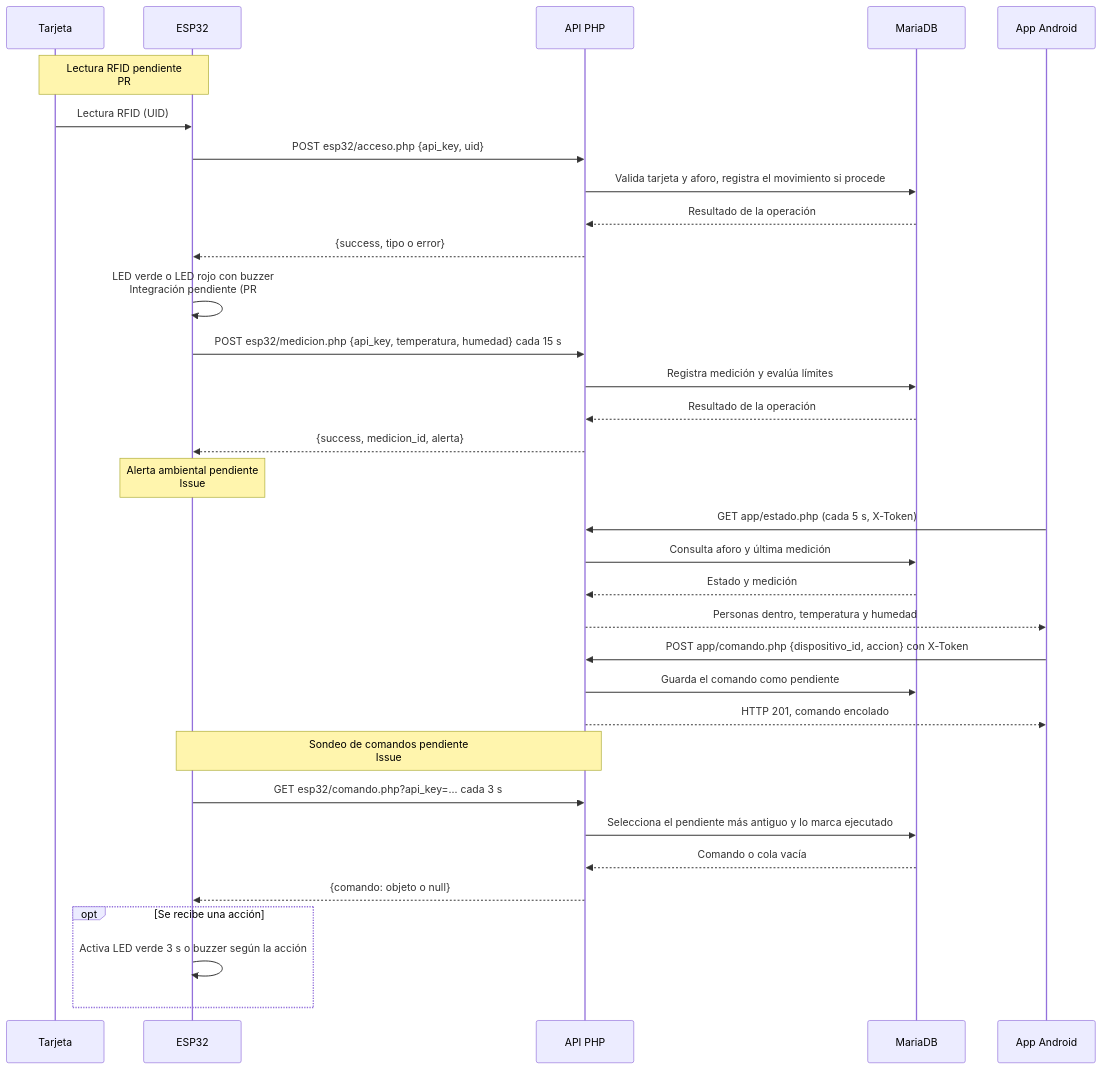
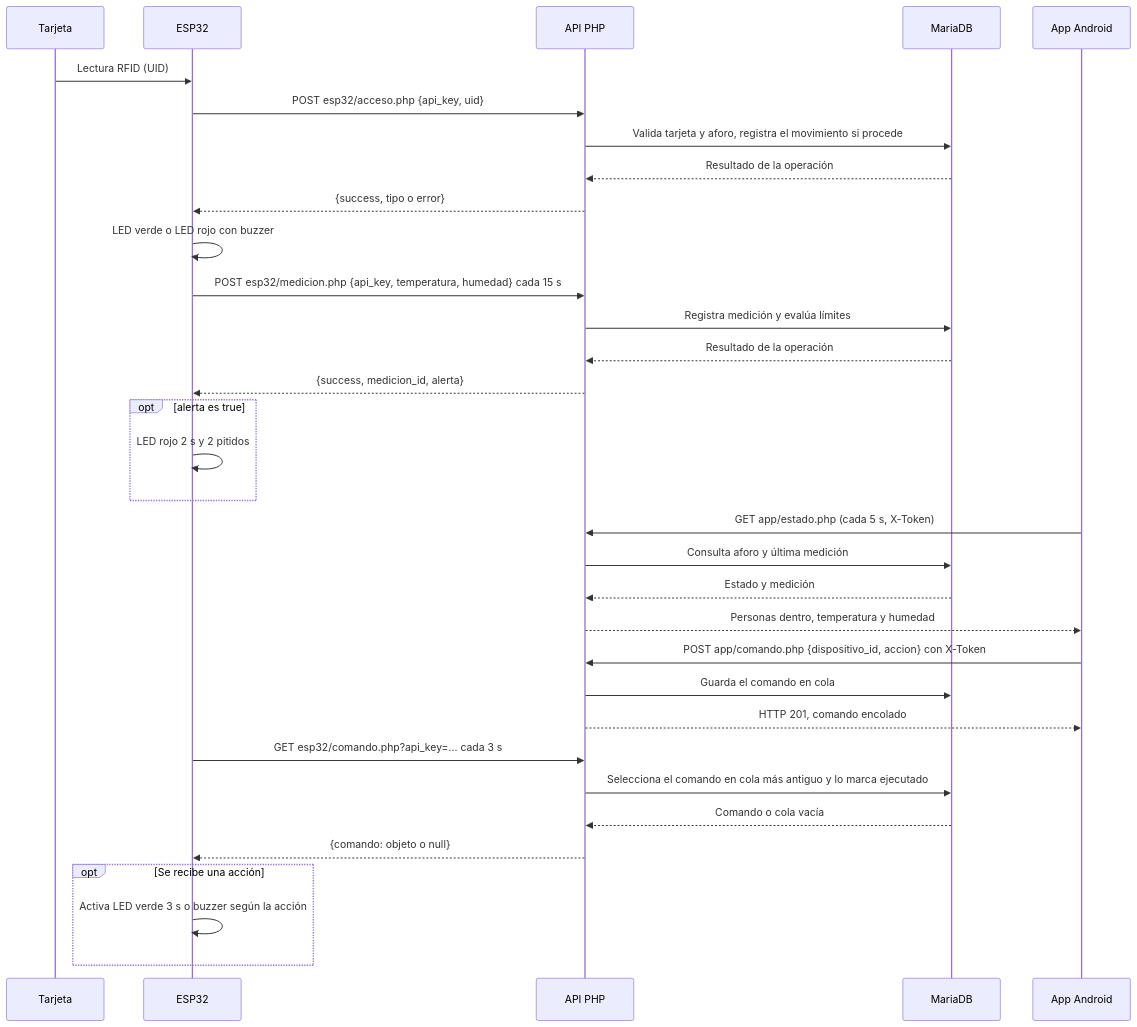
One commit to OsvaldoVar/aforo-iot changed the diagram in docs/expediente/05-protocolo-iot.md. Above: the diagram before and after it, drawn with Mermaid. The commit also changed other lines of this file and 4 other files, not shown here.

Commit message:
docs(hardware): diagrama de conexiones, guía de Wokwi y protocolo actualizado

````diff
--- a/docs/expediente/05-protocolo-iot.md
+++ b/docs/expediente/05-protocolo-iot.md
@@ -98,39 +99,39 @@
 ```mermaid
 sequenceDiagram
     participant T as Tarjeta
     participant E as ESP32
     participant A as API PHP
     participant B as MariaDB
     participant M as App Android
 
-    Note over T,E: Lectura RFID pendiente<br/>PR #74
     T->>E: Lectura RFID (UID)
     E->>A: POST esp32/acceso.php {api_key, uid}
     A->>B: Valida tarjeta y aforo, registra el movimiento si procede
     B-->>A: Resultado de la operación
     A-->>E: {success, tipo o error}
-    E->>E: LED verde o LED rojo con buzzer<br/>Integración pendiente (PR #73)
+    E->>E: LED verde o LED rojo con buzzer
 
     E->>A: POST esp32/medicion.php {api_key, temperatura, humedad} cada 15 s
     A->>B: Registra medición y evalúa límites
     B-->>A: Resultado de la operación
     A-->>E: {success, medicion_id, alerta}
-    Note over E: Alerta ambiental pendiente<br/>Issue #79
+    opt alerta es true
+        E->>E: LED rojo 2 s y 2 pitidos
+    end
 
     M->>A: GET app/estado.php (cada 5 s, X-Token)
     A->>B: Consulta aforo y última medición
     B-->>A: Estado y medición
     A-->>M: Personas dentro, temperatura y humedad
 
     M->>A: POST app/comando.php {dispositivo_id, accion} con X-Token
-    A->>B: Guarda el comando como pendiente
+    A->>B: Guarda el comando en cola
     A-->>M: HTTP 201, comando encolado
-    Note over E,A: Sondeo de comandos pendiente<br/>Issue #78
     E->>A: GET esp32/comando.php?api_key=... cada 3 s
-    A->>B: Selecciona el pendiente más antiguo y lo marca ejecutado
+    A->>B: Selecciona el comando en cola más antiguo y lo marca ejecutado
     B-->>A: Comando o cola vacía
     A-->>E: {comando: objeto o null}
     opt Se recibe una acción
         E->>E: Activa LED verde 3 s o buzzer según la acción
     end
 ```
````
